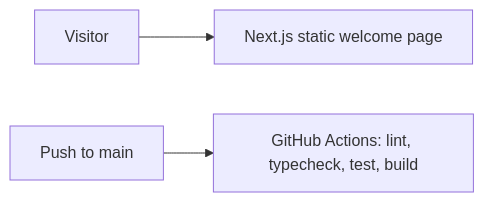
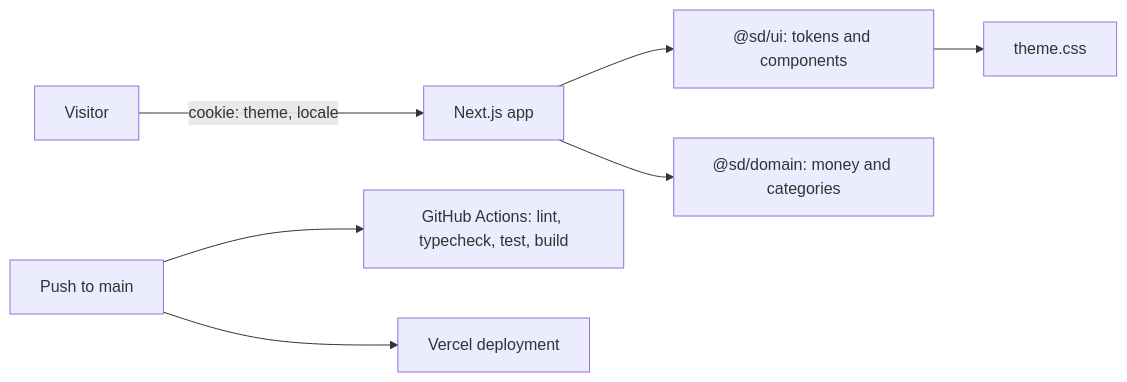
One commit to ibrahimSumon47/sawdagar-dokanpart changed the diagram in ARCHITECTURE.md. Above: the diagram before and after it, drawn with Mermaid. The commit also changed other lines of this file and 13 other files, not shown here.

````diff
--- a/ARCHITECTURE.md
+++ b/ARCHITECTURE.md
@@ -7,5 +11,9 @@
 ```mermaid
 flowchart LR
-  Visitor --> Web[Next.js static welcome page]
+  Visitor -->|cookie: theme, locale| Web[Next.js app]
+  Web --> UI["@sd/ui: tokens and components"]
+  Web --> Domain["@sd/domain: money and categories"]
+  UI --> Tokens[theme.css]
   GitHub[Push to main] --> CI[GitHub Actions: lint, typecheck, test, build]
+  GitHub --> Vercel[Vercel deployment]
 ```
````
